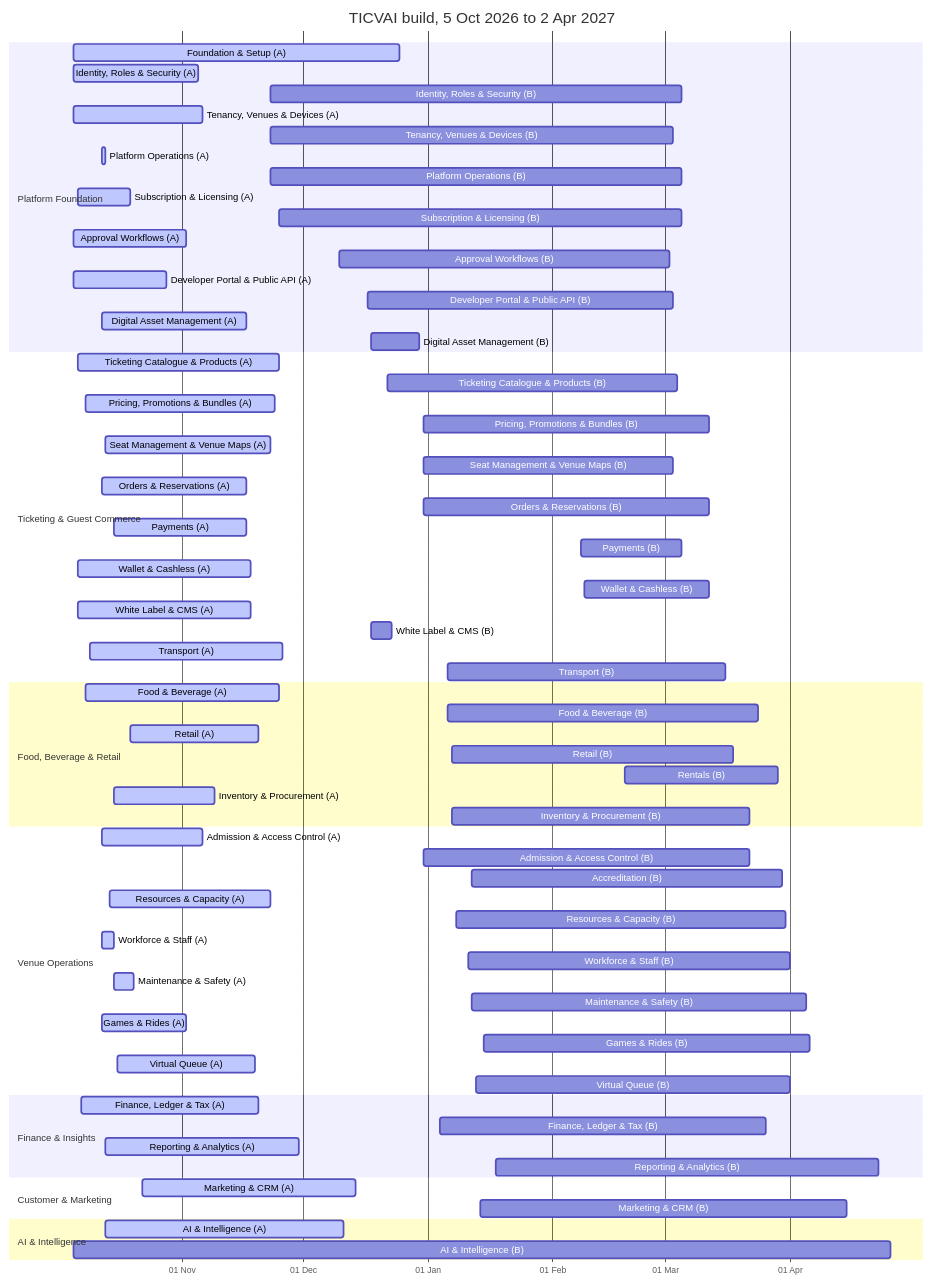
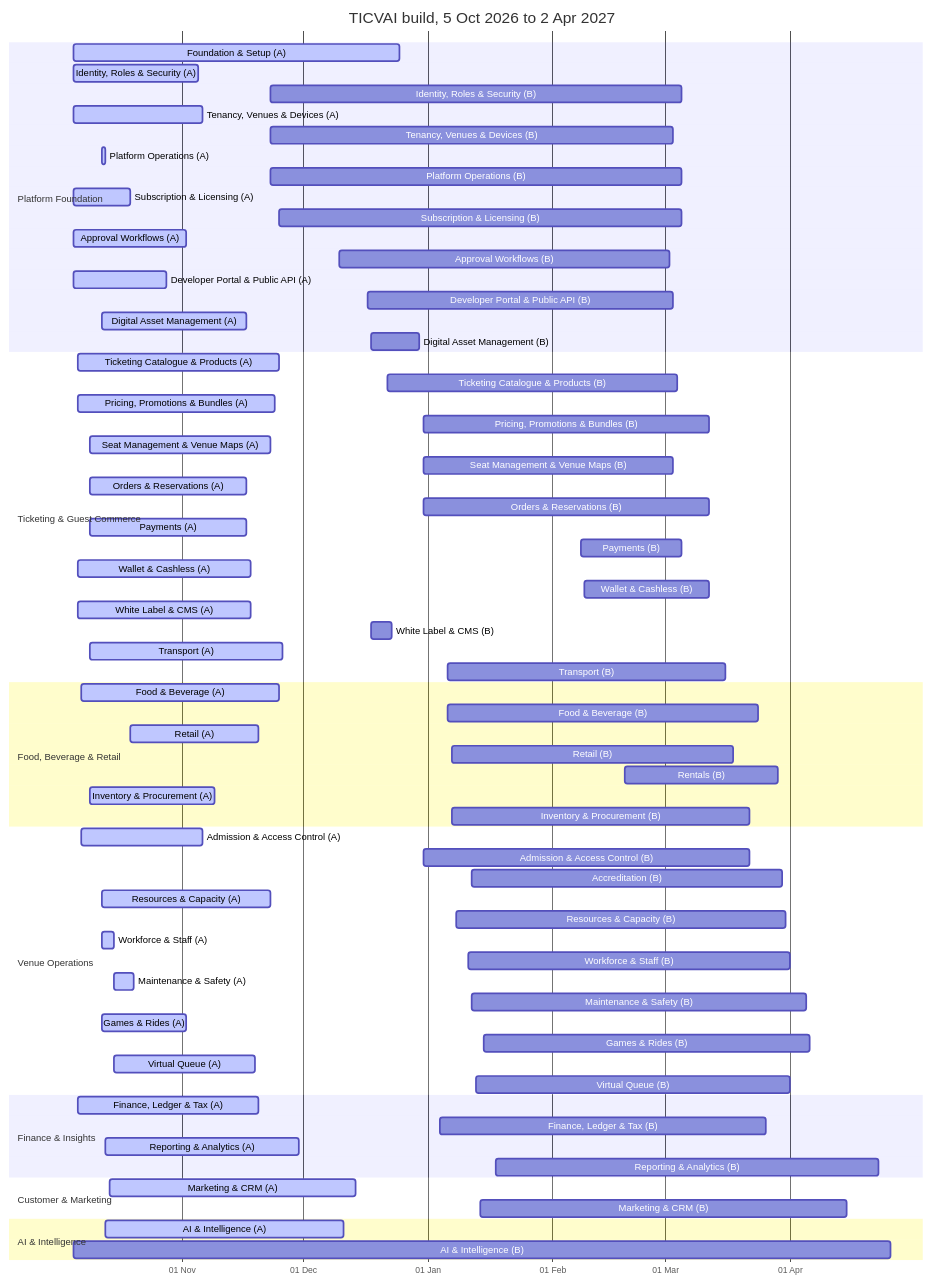
The diagram in ticvai/repos/ticvai-frontend/project-bible/docs/active/build-plan-presentation.md (Diretide298/Solution_Architecture), drawn with Mermaid before and after one commit. The commit also changed other lines of this file and 97 other files, not shown here.

First line of the commit message:
TICVAI: Venue Management team builds the setup screens the Block A apps use first

````diff
--- a/ticvai/repos/ticvai-frontend/project-bible/docs/active/build-plan-presentation.md
+++ b/ticvai/repos/ticvai-frontend/project-bible/docs/active/build-plan-presentation.md
@@ -48,72 +48,72 @@
 ```mermaid
 gantt
   dateFormat YYYY-MM-DD
   axisFormat %d %b
   title TICVAI build, 5 Oct 2026 to 2 Apr 2027
   section Platform Foundation
   Foundation & Setup (A) :active, 2026-10-05, 2026-12-25
   Identity, Roles & Security (A) :active, 2026-10-05, 2026-11-05
   Identity, Roles & Security (B) :2026-11-23, 2027-03-05
   Tenancy, Venues & Devices (A) :active, 2026-10-05, 2026-11-06
   Tenancy, Venues & Devices (B) :2026-11-23, 2027-03-03
   Platform Operations (A) :active, 2026-10-12, 2026-10-13
   Platform Operations (B) :2026-11-23, 2027-03-05
-  Subscription & Licensing (A) :active, 2026-10-06, 2026-10-19
+  Subscription & Licensing (A) :active, 2026-10-05, 2026-10-19
   Subscription & Licensing (B) :2026-11-25, 2027-03-05
   Approval Workflows (A) :active, 2026-10-05, 2026-11-02
   Approval Workflows (B) :2026-12-10, 2027-03-02
   Developer Portal & Public API (A) :active, 2026-10-05, 2026-10-28
   Developer Portal & Public API (B) :2026-12-17, 2027-03-03
   Digital Asset Management (A) :active, 2026-10-12, 2026-11-17
   Digital Asset Management (B) :2026-12-18, 2026-12-30
   section Ticketing & Guest Commerce
   Ticketing Catalogue & Products (A) :active, 2026-10-06, 2026-11-25
   Ticketing Catalogue & Products (B) :2026-12-22, 2027-03-04
-  Pricing, Promotions & Bundles (A) :active, 2026-10-08, 2026-11-24
+  Pricing, Promotions & Bundles (A) :active, 2026-10-06, 2026-11-24
   Pricing, Promotions & Bundles (B) :2026-12-31, 2027-03-12
-  Seat Management & Venue Maps (A) :active, 2026-10-13, 2026-11-23
+  Seat Management & Venue Maps (A) :active, 2026-10-09, 2026-11-23
   Seat Management & Venue Maps (B) :2026-12-31, 2027-03-03
-  Orders & Reservations (A) :active, 2026-10-12, 2026-11-17
+  Orders & Reservations (A) :active, 2026-10-09, 2026-11-17
   Orders & Reservations (B) :2026-12-31, 2027-03-12
-  Payments (A) :active, 2026-10-15, 2026-11-17
+  Payments (A) :active, 2026-10-09, 2026-11-17
   Payments (B) :2027-02-08, 2027-03-05
   Wallet & Cashless (A) :active, 2026-10-06, 2026-11-18
   Wallet & Cashless (B) :2027-02-09, 2027-03-12
   White Label & CMS (A) :active, 2026-10-06, 2026-11-18
   White Label & CMS (B) :2026-12-18, 2026-12-23
   Transport (A) :active, 2026-10-09, 2026-11-26
   Transport (B) :2027-01-06, 2027-03-16
   section Food, Beverage & Retail
-  Food & Beverage (A) :active, 2026-10-08, 2026-11-25
+  Food & Beverage (A) :active, 2026-10-07, 2026-11-25
   Food & Beverage (B) :2027-01-06, 2027-03-24
   Retail (A) :active, 2026-10-19, 2026-11-20
   Retail (B) :2027-01-07, 2027-03-18
   Rentals (B) :2027-02-19, 2027-03-29
-  Inventory & Procurement (A) :active, 2026-10-15, 2026-11-09
+  Inventory & Procurement (A) :active, 2026-10-09, 2026-11-09
   Inventory & Procurement (B) :2027-01-07, 2027-03-22
   section Venue Operations
-  Admission & Access Control (A) :active, 2026-10-12, 2026-11-06
+  Admission & Access Control (A) :active, 2026-10-07, 2026-11-06
   Admission & Access Control (B) :2026-12-31, 2027-03-22
   Accreditation (B) :2027-01-12, 2027-03-30
-  Resources & Capacity (A) :active, 2026-10-14, 2026-11-23
+  Resources & Capacity (A) :active, 2026-10-12, 2026-11-23
   Resources & Capacity (B) :2027-01-08, 2027-03-31
   Workforce & Staff (A) :active, 2026-10-12, 2026-10-15
   Workforce & Staff (B) :2027-01-11, 2027-04-01
   Maintenance & Safety (A) :active, 2026-10-15, 2026-10-20
   Maintenance & Safety (B) :2027-01-12, 2027-04-05
   Games & Rides (A) :active, 2026-10-12, 2026-11-02
   Games & Rides (B) :2027-01-15, 2027-04-06
-  Virtual Queue (A) :active, 2026-10-16, 2026-11-19
+  Virtual Queue (A) :active, 2026-10-15, 2026-11-19
   Virtual Queue (B) :2027-01-13, 2027-04-01
   section Finance & Insights
-  Finance, Ledger & Tax (A) :active, 2026-10-07, 2026-11-20
+  Finance, Ledger & Tax (A) :active, 2026-10-06, 2026-11-20
   Finance, Ledger & Tax (B) :2027-01-04, 2027-03-26
   Reporting & Analytics (A) :active, 2026-10-13, 2026-11-30
   Reporting & Analytics (B) :2027-01-18, 2027-04-23
   section Customer & Marketing
-  Marketing & CRM (A) :active, 2026-10-22, 2026-12-14
+  Marketing & CRM (A) :active, 2026-10-14, 2026-12-14
   Marketing & CRM (B) :2027-01-14, 2027-04-15
   section AI & Intelligence
   AI & Intelligence (A) :active, 2026-10-13, 2026-12-11
   AI & Intelligence (B) :2026-10-05, 2027-04-26
 ```
````
